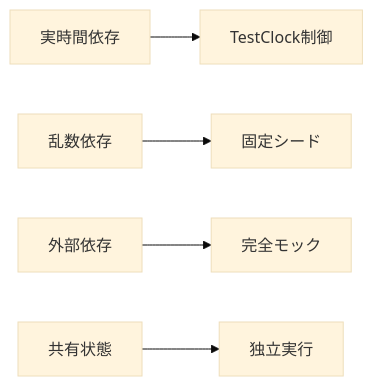
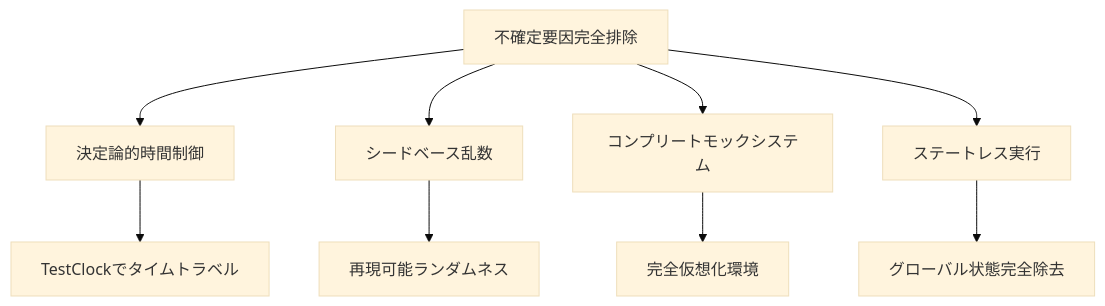
Before and after one commit to takeokunn/ts-minecraft: the second of 2 diagrams in docs/how-to/testing/comprehensive-testing-strategy.md, drawn with Mermaid (base theme). The commit also changed other lines of this file and 34 other files, not shown here.

````diff
--- a/docs/how-to/testing/comprehensive-testing-strategy.md
+++ b/docs/how-to/testing/comprehensive-testing-strategy.md
@@ -67,7 +68,12 @@
 ```mermaid
-graph LR
-    A[実時間依存] --> B[TestClock制御]
-    C[乱数依存] --> D[固定シード]
-    E[外部依存] --> F[完全モック]
-    G[共有状態] --> H[独立実行]
+graph TD
+    A[不確定要因完全排除] --> B[決定論的時間制御]
+    A --> C[シードベース乱数]
+    A --> D[コンプリートモックシステム]
+    A --> E[ステートレス実行]
+
+    B --> B1[TestClockでタイムトラベル]
+    C --> C1[再現可能ランダムネス]
+    D --> D1[完全仮想化環境]
+    E --> E1[グローバル状態完全除去]
 ```
````
